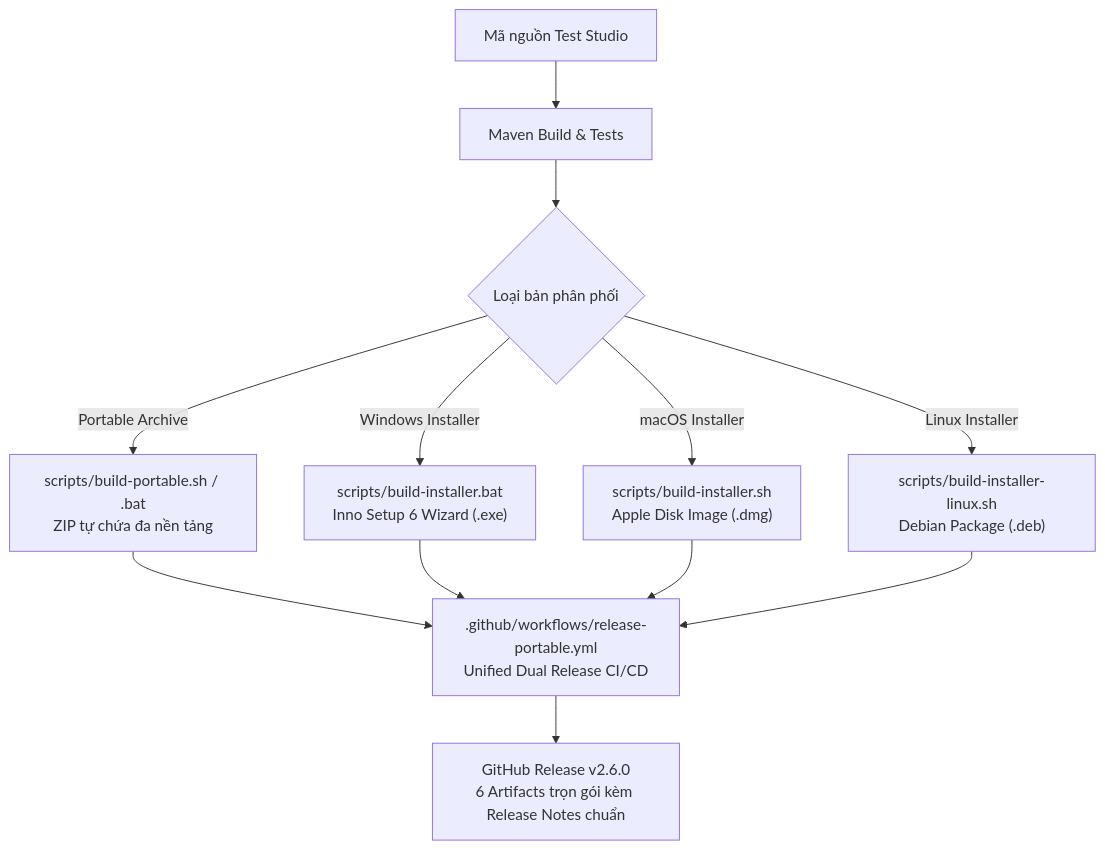
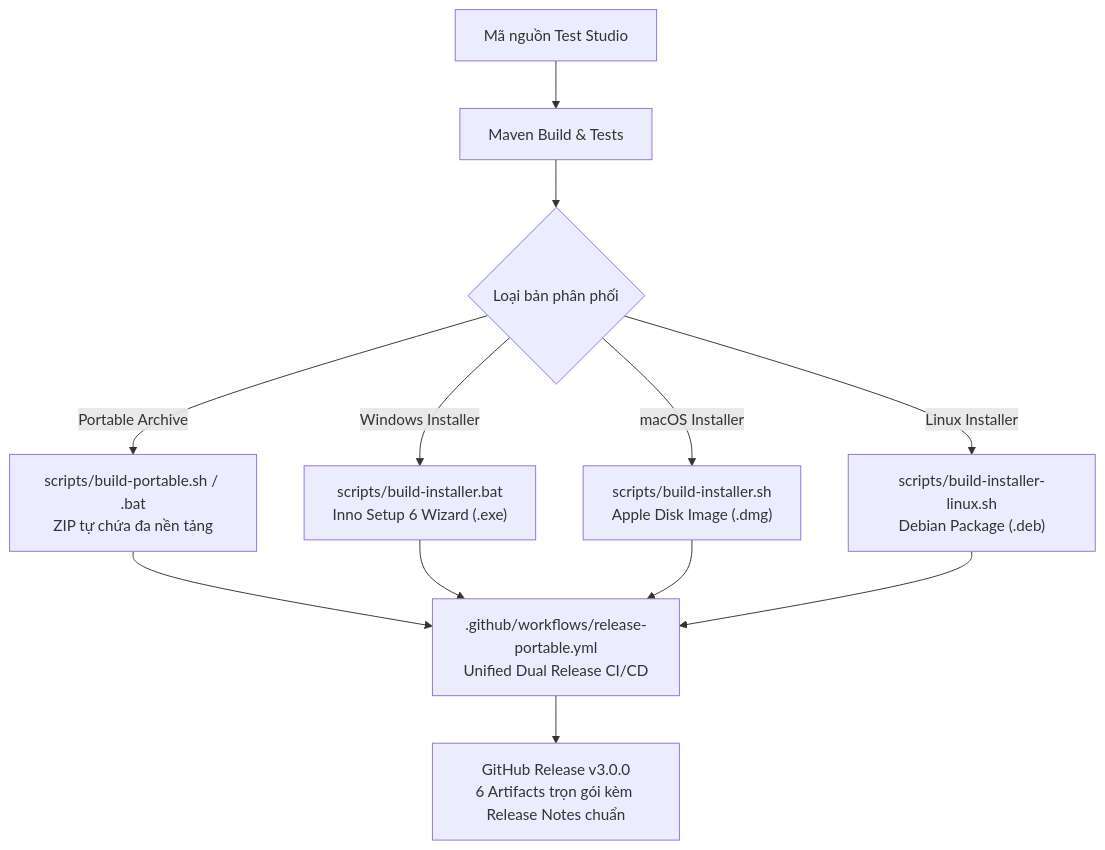
One commit to manhquoc2013/GUI-test-tool changed the fourth of 4 diagrams in docs/guide/USER_GUIDE.md. Above: the diagram before and after it, drawn with Mermaid. The commit also changed other lines of this file and 20 other files, not shown here.

````diff
--- a/docs/guide/USER_GUIDE.md
+++ b/docs/guide/USER_GUIDE.md
@@ -499,11 +515,11 @@
 ```mermaid
 flowchart TD
     A["Mã nguồn Test Studio"] --> B["Maven Build & Tests"]
     B --> C{"Loại bản phân phối"}
     C -->|Portable Archive| D["scripts/build-portable.sh / .bat<br/>ZIP tự chứa đa nền tảng"]
     C -->|Windows Installer| E["scripts/build-installer.bat<br/>Inno Setup 6 Wizard (.exe)"]
     C -->|macOS Installer| F["scripts/build-installer.sh<br/>Apple Disk Image (.dmg)"]
     C -->|Linux Installer| G["scripts/build-installer-linux.sh<br/>Debian Package (.deb)"]
     D & E & F & G --> H[".github/workflows/release-portable.yml<br/>Unified Dual Release CI/CD"]
-    H --> I["GitHub Release v2.6.0<br/>6 Artifacts trọn gói kèm Release Notes chuẩn"]
+    H --> I["GitHub Release v3.0.0<br/>6 Artifacts trọn gói kèm Release Notes chuẩn"]
 ```
````
